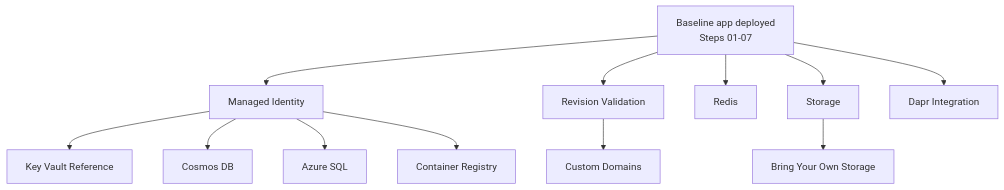
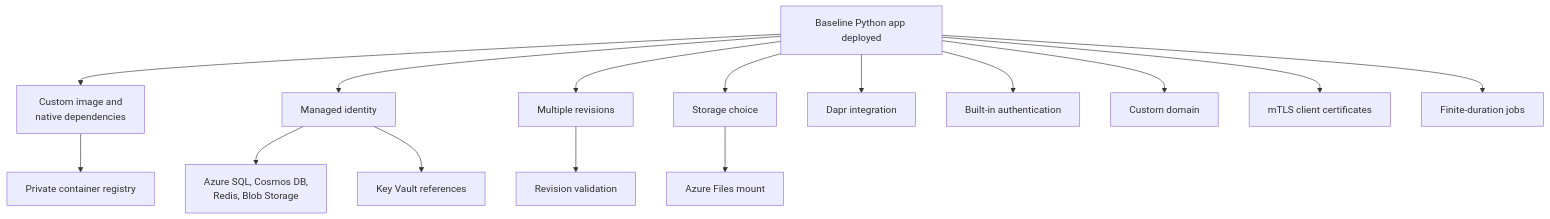
The diagram in docs/language-guides/python/recipes/index.md (yeongseon/azure-container-apps-practical-guide), drawn with Mermaid before and after one commit. The commit also changed other lines of this file and 18 other files, not shown here.

Commit message:
docs(diagrams): migrate Python recipe diagrams (#620)

````diff
--- a/docs/language-guides/python/recipes/index.md
+++ b/docs/language-guides/python/recipes/index.md
@@ -60,14 +65,36 @@
 ```mermaid
 flowchart TD
-    BASE[Baseline app deployed<br/>Steps 01-07] --> ID[Managed Identity]
-    BASE --> REV[Revision Validation]
-    ID --> KV[Key Vault Reference]
-    ID --> COSMOS[Cosmos DB]
-    ID --> SQL[Azure SQL]
-    ID --> ACR[Container Registry]
-    BASE --> REDIS[Redis]
-    BASE --> STORAGE[Storage]
-    STORAGE --> BYOS[Bring Your Own Storage]
-    BASE --> DAPR[Dapr Integration]
-    REV --> DOMAIN[Custom Domains]
+    accTitle: Select Python recipes by prerequisite
+    accDescr: Begin with a deployed baseline app. Add managed identity before passwordless data and secret integrations, add image construction before private registry deployment, and enable multiple revisions before validation. Storage, Dapr, authentication, domains, mTLS, and jobs branch from their own platform prerequisites.
+
+    BASE[Baseline Python app deployed]
+    IMAGE[Custom image and<br/>native dependencies]
+    IDENTITY[Managed identity]
+    REVISIONS[Multiple revisions]
+    STORAGE[Storage choice]
+    ACR[Private container registry]
+    DATA[Azure SQL, Cosmos DB,<br/>Redis, Blob Storage]
+    KV[Key Vault references]
+    VALIDATE[Revision validation]
+    FILES[Azure Files mount]
+    DAPR[Dapr integration]
+    AUTH[Built-in authentication]
+    DOMAIN[Custom domain]
+    MTLS[mTLS client certificates]
+    JOBS[Finite-duration jobs]
+
+    BASE --> IMAGE
+    BASE --> IDENTITY
+    BASE --> REVISIONS
+    BASE --> STORAGE
+    IMAGE --> ACR
+    IDENTITY --> DATA
+    IDENTITY --> KV
+    REVISIONS --> VALIDATE
+    STORAGE --> FILES
+    BASE --> DAPR
+    BASE --> AUTH
+    BASE --> DOMAIN
+    BASE --> MTLS
+    BASE --> JOBS
 ```
````
